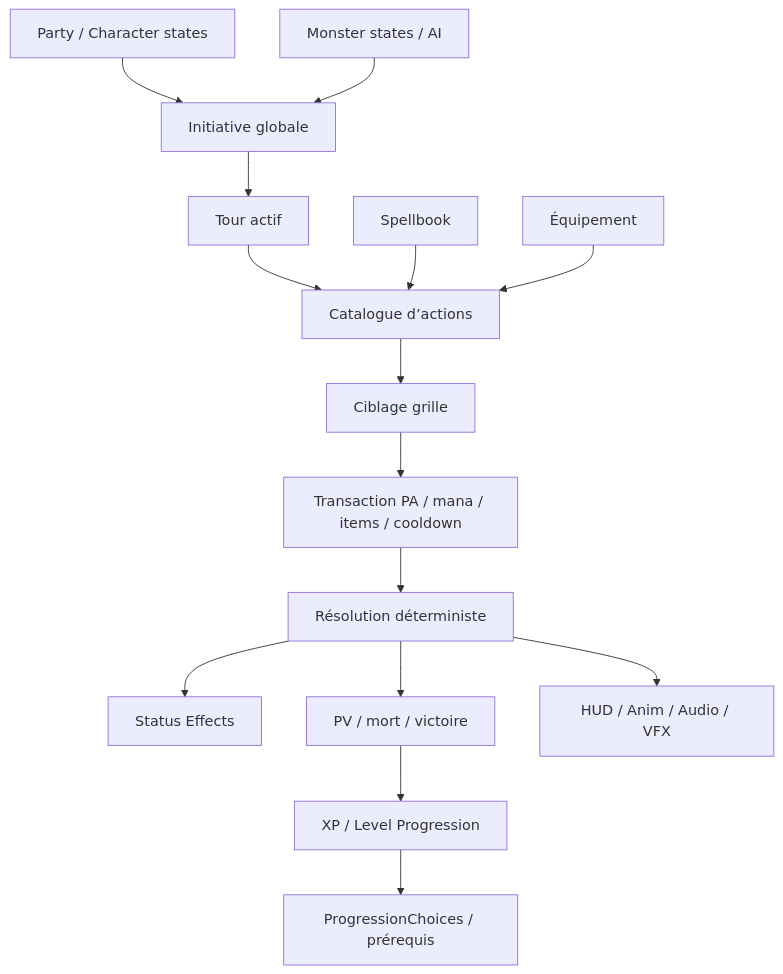
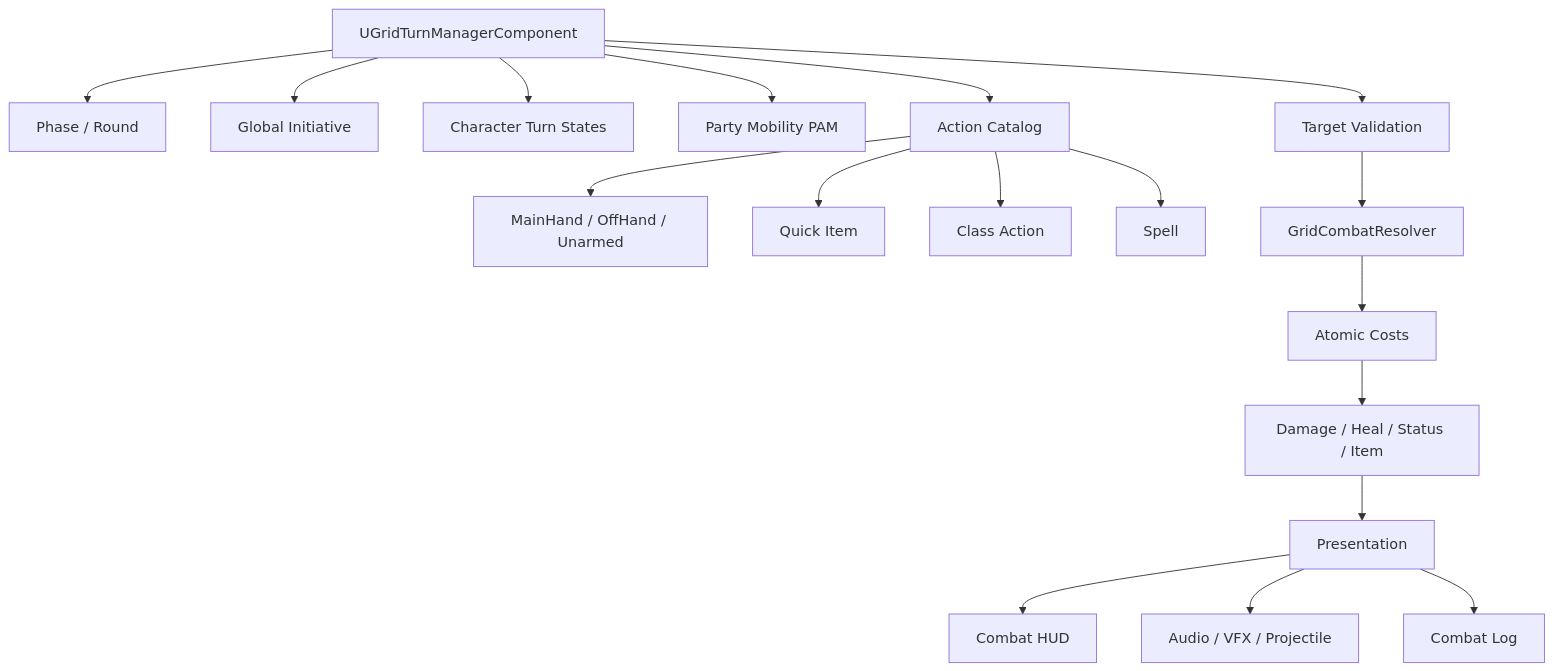
Before and after one commit to PhilippeMartin1964/GrimrockPrototype: the ninth of 19 diagrams in docs/Architecture/Maps/GRIMROCK_PROJECT_MAP_MERMAID.md, drawn with Mermaid. The commit also changed other lines of this file and 2 other files, not shown here.

Commit message:
DOC-MAP01 refresh detailed project architecture maps

````diff
--- a/docs/Architecture/Maps/GRIMROCK_PROJECT_MAP_MERMAID.md
+++ b/docs/Architecture/Maps/GRIMROCK_PROJECT_MAP_MERMAID.md
@@ -99,17 +187,20 @@
 ```mermaid
 flowchart TB
-    PARTY[Party / Character states] --> INIT[Initiative globale]
-    MON[Monster states / AI] --> INIT
-    INIT --> TURN[Tour actif]
-    TURN --> CAT[Catalogue d’actions]
-    CAT --> TARGET[Ciblage grille]
-    TARGET --> TX[Transaction PA / mana / items / cooldown]
-    TX --> RES[Résolution déterministe]
-    RES --> STATUS[Status Effects]
-    RES --> HP[PV / mort / victoire]
-    RES --> PRESENT[HUD / Anim / Audio / VFX]
-    HP --> XP[XP / Level Progression]
-    XP --> CHOICE[ProgressionChoices / prérequis]
-    SPELL[Spellbook] --> CAT
-    EQUIP[Équipement] --> CAT
+    TM[UGridTurnManagerComponent] --> PH[Phase / Round]
+    TM --> INIT[Global Initiative]
+    TM --> CHAR[Character Turn States]
+    TM --> MOB[Party Mobility PAM]
+    TM --> CAT[Action Catalog]
+    CAT --> HAND[MainHand / OffHand / Unarmed]
+    CAT --> QUICK[Quick Item]
+    CAT --> CLASS[Class Action]
+    CAT --> SPELL[Spell]
+    TM --> TARGET[Target Validation]
+    TARGET --> RES[GridCombatResolver]
+    RES --> COST[Atomic Costs]
+    COST --> EFFECT[Damage / Heal / Status / Item]
+    EFFECT --> PRESENT[Presentation]
+    PRESENT --> HUD[Combat HUD]
+    PRESENT --> AUDIO[Audio / VFX / Projectile]
+    PRESENT --> LOG[Combat Log]
 ```
````
